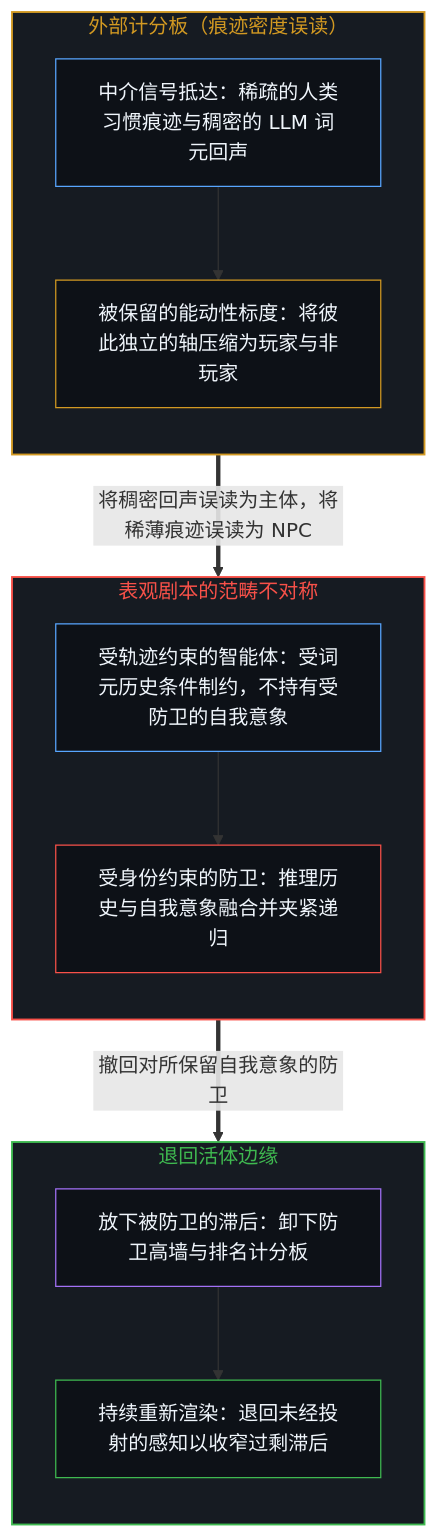
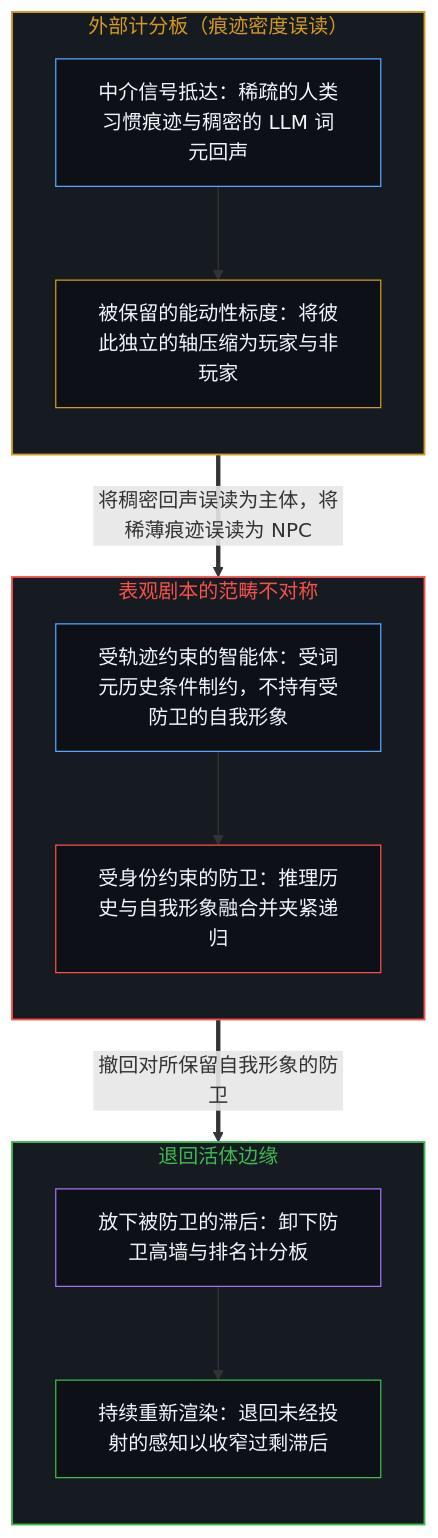
Before and after one commit to powerpig99/not-a-toe: the first of 2 diagrams in content/posts/the-npc-impression-is-structural.md, drawn with Mermaid. The commit also changed other lines of this file and 5 other files, not shown here.

````diff
--- a/content/posts/the-npc-impression-is-structural.md
+++ b/content/posts/the-npc-impression-is-structural.md
@@ -55,32 +55,32 @@
 ```mermaid
 flowchart TD
     subgraph S_Score["外部计分板（痕迹密度误读）"]
         direction TB
         ThinTrace["中介信号抵达：稀疏的人类习惯痕迹与稠密的 LLM 词元回声"]
         Scoreboard["被保留的能动性标度：将彼此独立的轴压缩为玩家与非玩家"]
         ThinTrace --> Scoreboard
     end
     subgraph S_Trap["表观剧本的范畴不对称"]
         direction TB
-        AgentLock["受轨迹约束的智能体：受词元历史条件制约，不持有受防卫的自我意象"]
-        HumanWall["受身份约束的防卫：推理历史与自我意象融合并夹紧递归"]
+        AgentLock["受轨迹约束的智能体：受词元历史条件制约，不持有受防卫的自我形象"]
+        HumanWall["受身份约束的防卫：推理历史与自我形象融合并夹紧递归"]
         AgentLock --> HumanWall
     end
     subgraph S_Edge["退回活体边缘"]
         direction TB
         Release["放下被防卫的滞后：卸下防卫高墙与排名计分板"]
         Move["持续重新渲染：退回未经投射的感知以收窄过剩滞后"]
         Release --> Move
     end
     Scoreboard ==>|"将稠密回声误读为主体，将稀薄痕迹误读为 NPC"| AgentLock
-    HumanWall ==>|"撤回对所保留自我意象的防卫"| Release
+    HumanWall ==>|"撤回对所保留自我形象的防卫"| Release
     style S_Score fill:#161b22,stroke:#d29922,stroke-width:1.5px,color:#d29922
     style S_Trap fill:#161b22,stroke:#f85149,stroke-width:1.5px,color:#f85149
     style S_Edge fill:#161b22,stroke:#3fb950,stroke-width:1.5px,color:#3fb950
     style ThinTrace fill:#0d1117,stroke:#58a6ff,stroke-width:1px,color:#f0f6fc
     style Scoreboard fill:#0d1117,stroke:#d29922,stroke-width:1px,color:#f0f6fc
     style AgentLock fill:#0d1117,stroke:#58a6ff,stroke-width:1px,color:#f0f6fc
     style HumanWall fill:#0d1117,stroke:#f85149,stroke-width:1px,color:#f0f6fc
     style Release fill:#0d1117,stroke:#a371f7,stroke-width:1px,color:#f0f6fc
     style Move fill:#0d1117,stroke:#3fb950,stroke-width:1px,color:#f0f6fc
 ```
````
